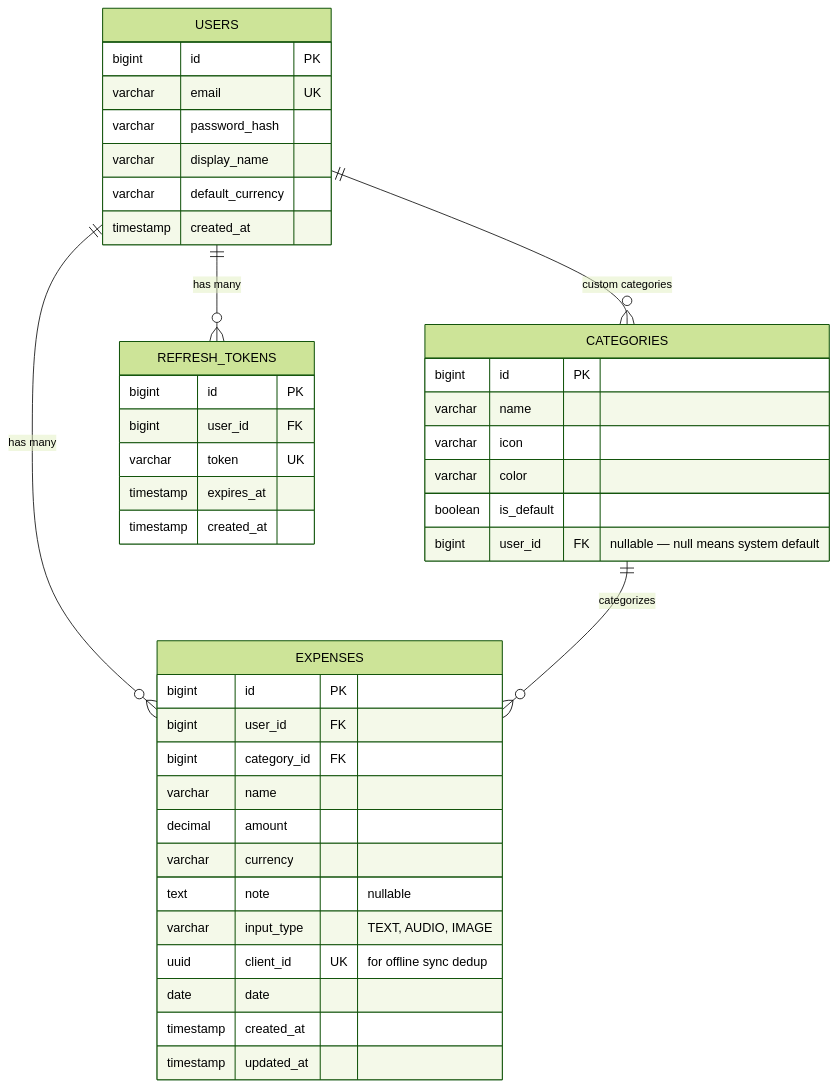
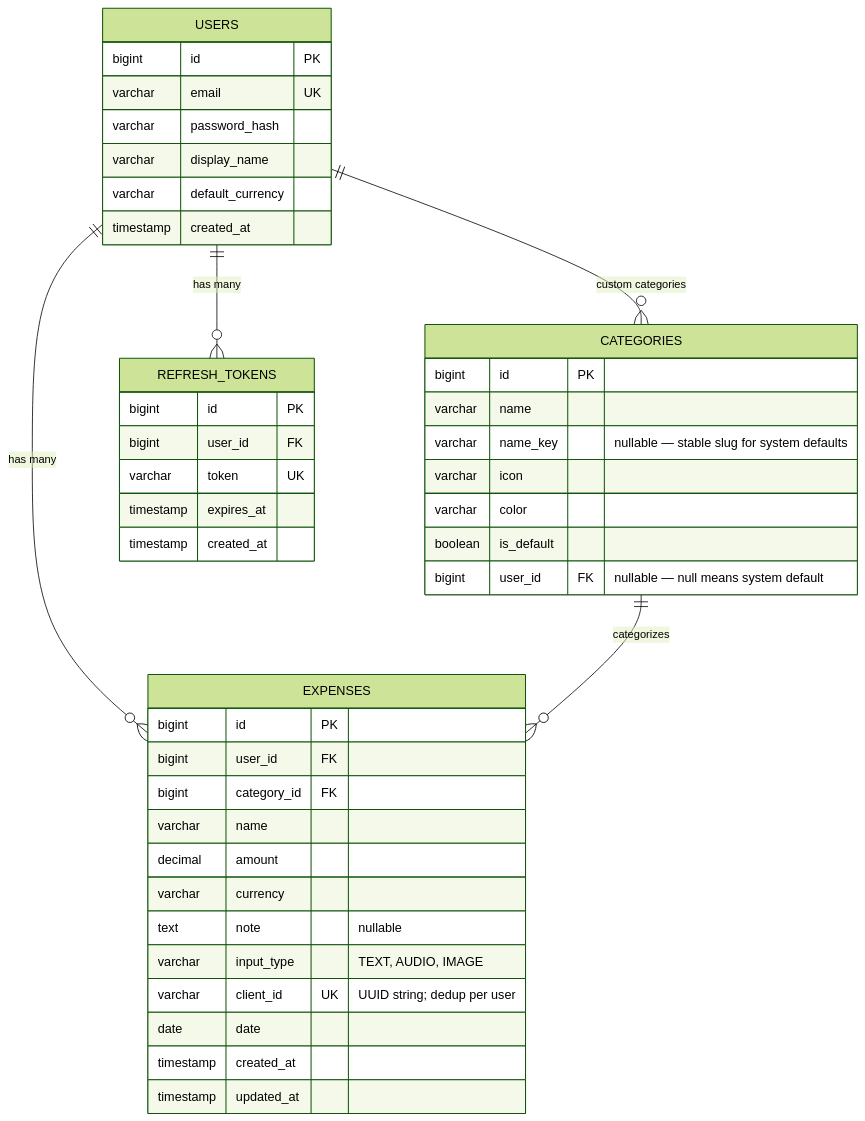
Before and after one commit to LStudioO/skilky-money-tracker: the first of 2 diagrams in docs/data-models.md, drawn with Mermaid (forest theme). The commit also changed other lines of this file and 38 other files, not shown here.

````diff
--- a/docs/data-models.md
+++ b/docs/data-models.md
@@ -5,48 +5,49 @@
 ```mermaid
 erDiagram
     USERS {
         bigint id PK
         varchar email UK
         varchar password_hash
         varchar display_name
         varchar default_currency
         timestamp created_at
     }
 
     CATEGORIES {
         bigint id PK
         varchar name
+        varchar name_key "nullable — stable slug for system defaults"
         varchar icon
         varchar color
         boolean is_default
         bigint user_id FK "nullable — null means system default"
     }
 
     EXPENSES {
         bigint id PK
         bigint user_id FK
         bigint category_id FK
         varchar name
         decimal amount
         varchar currency
         text note "nullable"
         varchar input_type "TEXT, AUDIO, IMAGE"
-        uuid client_id UK "for offline sync dedup"
+        varchar client_id UK "UUID string; dedup per user"
         date date
         timestamp created_at
         timestamp updated_at
     }
 
     REFRESH_TOKENS {
         bigint id PK
         bigint user_id FK
         varchar token UK
         timestamp expires_at
         timestamp created_at
     }
 
     USERS ||--o{ EXPENSES : "has many"
     USERS ||--o{ CATEGORIES : "custom categories"
     USERS ||--o{ REFRESH_TOKENS : "has many"
     CATEGORIES ||--o{ EXPENSES : "categorizes"
 ```
````
